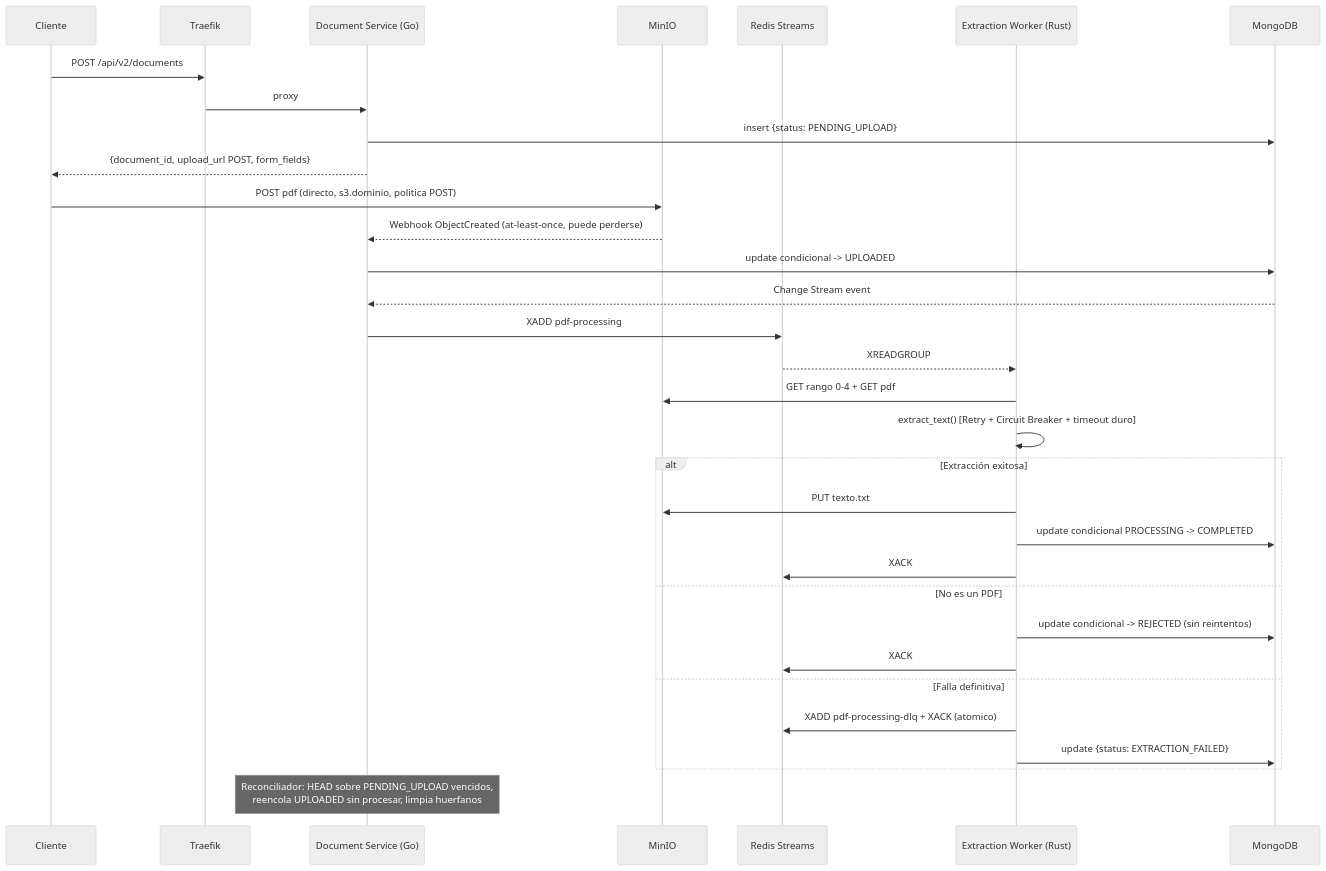
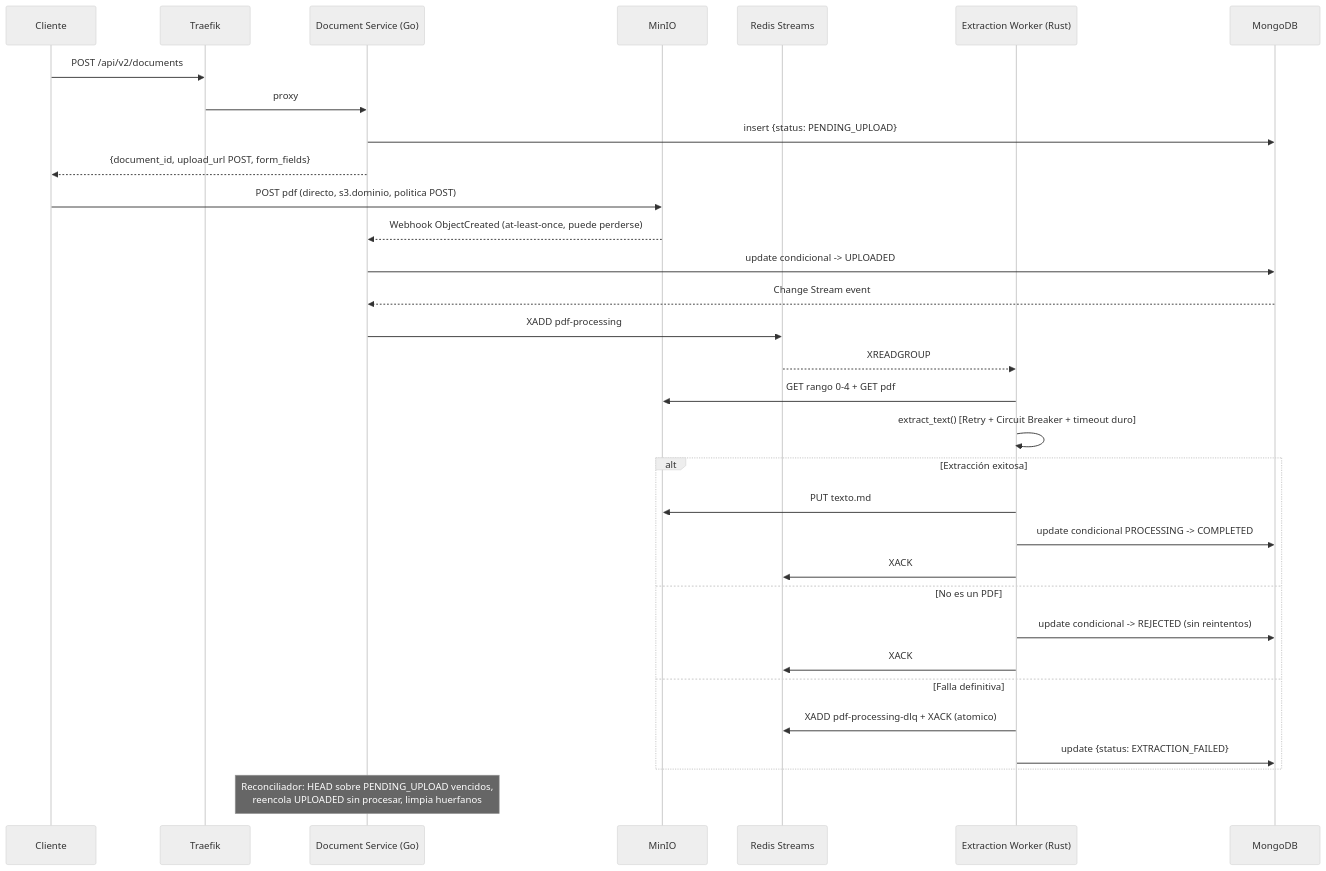
The third of 3 diagrams in docs/SPEC.md (Alejo-Basile/doc-service), drawn with Mermaid (neutral theme) before and after one commit. The commit also changed other lines of this file and 4 other files, not shown here.

````diff
--- a/docs/SPEC.md
+++ b/docs/SPEC.md
@@ -353,35 +355,35 @@
 ```mermaid
 sequenceDiagram
     participant C as Cliente
     participant GW as Traefik
     participant DS as Document Service (Go)
     participant M as MinIO
     participant R as Redis Streams
     participant EW as Extraction Worker (Rust)
     participant DB as MongoDB
 
     C->>GW: POST /api/v2/documents
     GW->>DS: proxy
     DS->>DB: insert {status: PENDING_UPLOAD}
     DS-->>C: {document_id, upload_url POST, form_fields}
     C->>M: POST pdf (directo, s3.dominio, politica POST)
     M-->>DS: Webhook ObjectCreated (at-least-once, puede perderse)
     DS->>DB: update condicional -> UPLOADED
     DB-->>DS: Change Stream event
     DS->>R: XADD pdf-processing
     R-->>EW: XREADGROUP
     EW->>M: GET rango 0-4 + GET pdf
     EW->>EW: extract_text() [Retry + Circuit Breaker + timeout duro]
     alt Extracción exitosa
-        EW->>M: PUT texto.txt
+        EW->>M: PUT texto.md
         EW->>DB: update condicional PROCESSING -> COMPLETED
         EW->>R: XACK
     else No es un PDF
         EW->>DB: update condicional -> REJECTED (sin reintentos)
         EW->>R: XACK
     else Falla definitiva
         EW->>R: XADD pdf-processing-dlq + XACK (atomico)
         EW->>DB: update {status: EXTRACTION_FAILED}
     end
     Note over DS: Reconciliador: HEAD sobre PENDING_UPLOAD vencidos,<br/>reencola UPLOADED sin procesar, limpia huerfanos
 ```
````
